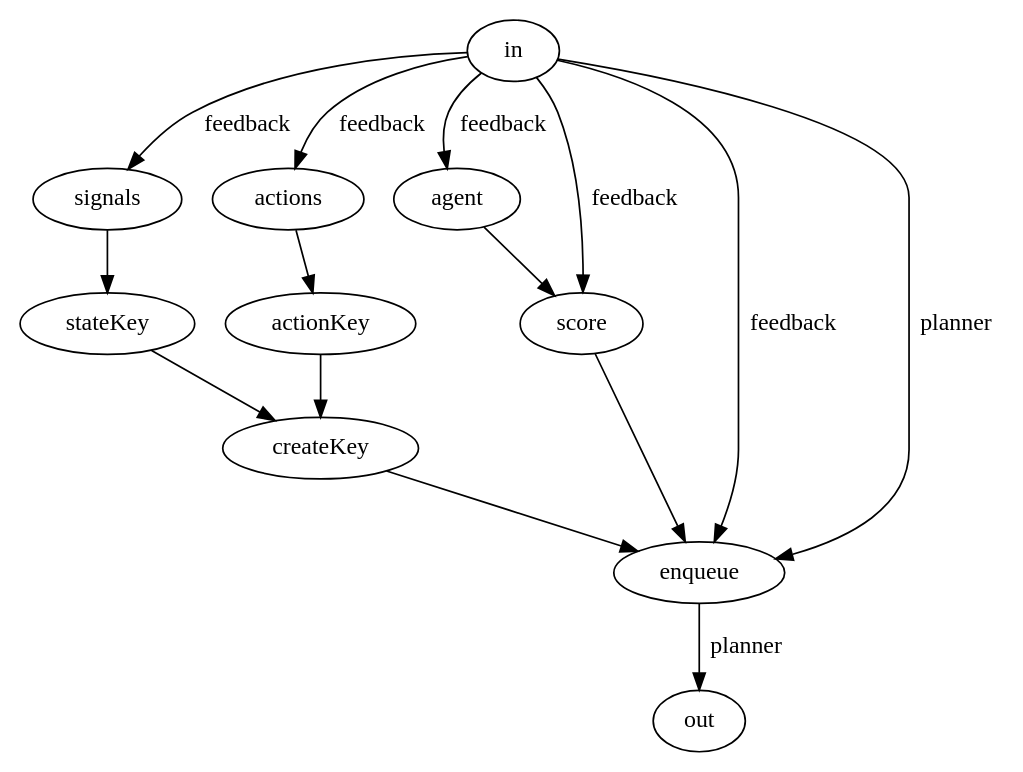
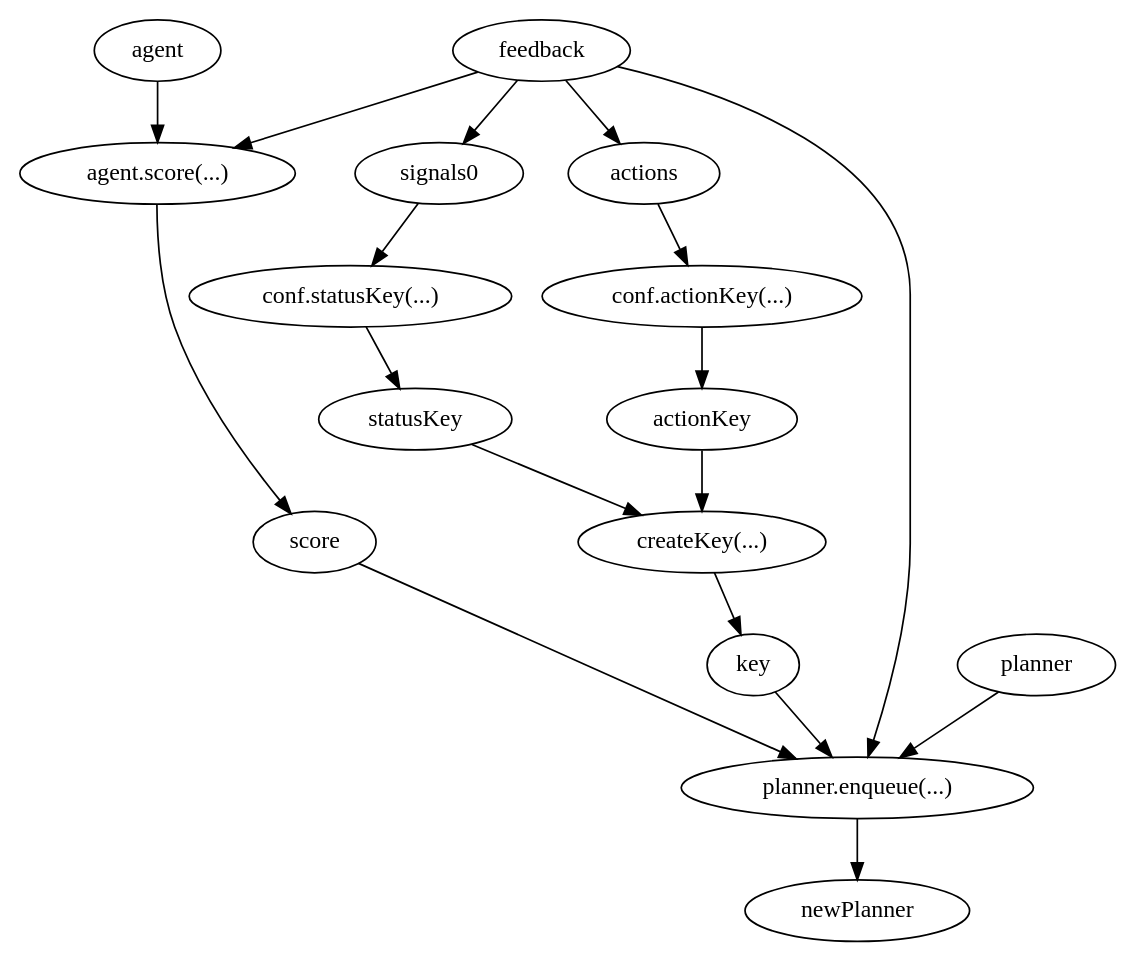
One commit to m-marini/scalarl changed the fifth of 10 diagrams in docs/Charts.md. Above: the diagram before and after it, drawn with Graphviz. The commit also changed other lines of this file and 182 other files, not shown here.

````diff
--- a/docs/Charts.md
+++ b/docs/Charts.md
@@ -3,18 +202,29 @@
 ```dot
 digraph PlannerLearn {
-    in -> signals [label=feedback]
-    in -> actions [label=feedback]
-    signals -> stateKey
-    actions -> actionKey
-    stateKey -> createKey
-    actionKey -> createKey
-    in -> agent [label=feedback]
-    agent -> score
-    in -> score [label=feedback]
-    createKey -> enqueue
+
+    feedback -> fscore
+    agent -> fscore->score
+    fscore [label="agent.score(...)"]
+
+    feedback -> signals0
+    feedback -> actions
+
+    signals0 -> fstatusKey->statusKey
+    fstatusKey [label="conf.statusKey(...)"]
+
+    actions -> factionKey->actionKey
+    factionKey [label="conf.actionKey(...)"]
+
+    statusKey -> createKey
+    actionKey -> createKey->key
+    createKey [label="createKey(...)"]
+
+    key -> enqueue
+
     score -> enqueue
-    in -> enqueue [label=feedback]
-    in -> enqueue [label=planner]
-    enqueue -> out [label=planner]
+    feedback -> enqueue
+    planner -> enqueue
+    enqueue -> newPlanner
+    enqueue [label="planner.enqueue(...)"]
 }
 ```
````
